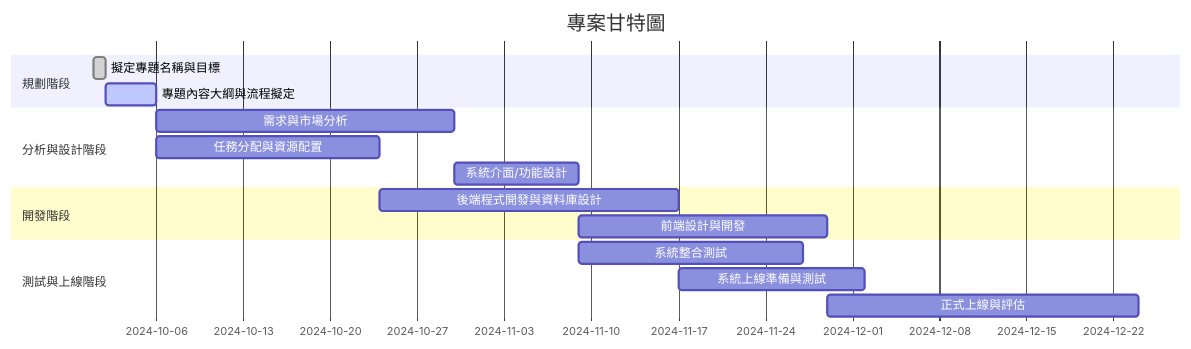
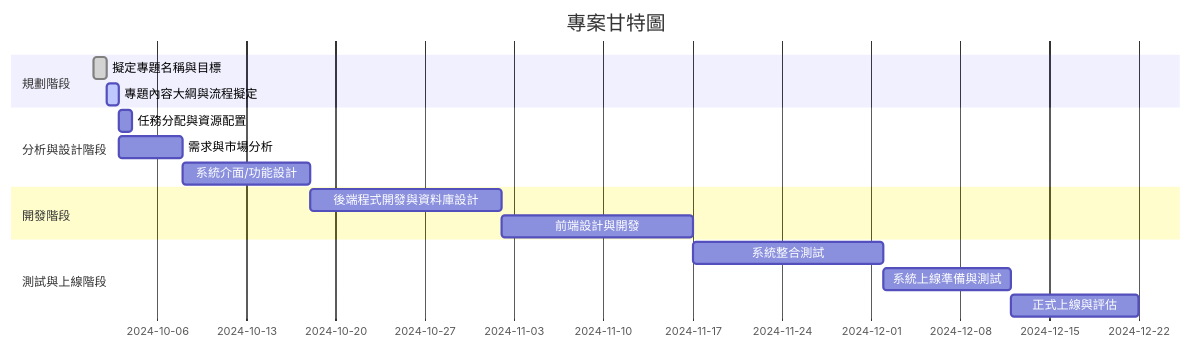
Before and after one commit to zoeyyy-93/113_CourseTopics: the second of 2 diagrams in README.md, drawn with Mermaid. The commit also changed other lines of this file, not shown here.

````diff
--- a/README.md
+++ b/README.md
@@ -32,22 +32,22 @@
 ```mermaid
 gantt
     title 專案甘特圖
     dateFormat  YYYY-MM-DD
     section 規劃階段
-    擬定專題名稱與目標        :done,    a1, 2024-010-01, 1d
-    專題內容大綱與流程擬定        :active,  a2, after a1, 4d
+    擬定專題名稱與目標             :done,    a1, 2024-010-01, 1d
+    專題內容大綱與流程擬定         :active,  a2, after a1, 1d
 
     section 分析與設計階段
-    需求與市場分析           :         a3, after a2, 24d
-    任務分配與資源配置        :        a4, after a2, 18d
-    系統介面/功能設計                :       a5, after a3, 10d
+    任務分配與資源配置            :         a3, after a2, 1d
+    需求與市場分析                :        a4, after a2, 5d
+    系統介面/功能設計             :       a5, after a4, 10d
 
     section 開發階段
-    後端程式開發與資料庫設計      :        a6, after a4, 24d
-    前端設計與開發           :        a7, after a5, 20d
+    後端程式開發與資料庫設計       :        a6, after a5, 15d
+    前端設計與開發                :        a7, after a6, 15d
 
     section 測試與上線階段
-    系統整合測試            :        a8, after a5, 18d
-    系統上線準備與測試        :        a9, after a6, 15d
-    正式上線與評估           :        a10, after a7, 25d
+    系統整合測試                 :        a8, after a7, 15d
+    系統上線準備與測試           :        a9, after a8, 10d
+    正式上線與評估               :        a10, after a9, 10d
 ```
````
